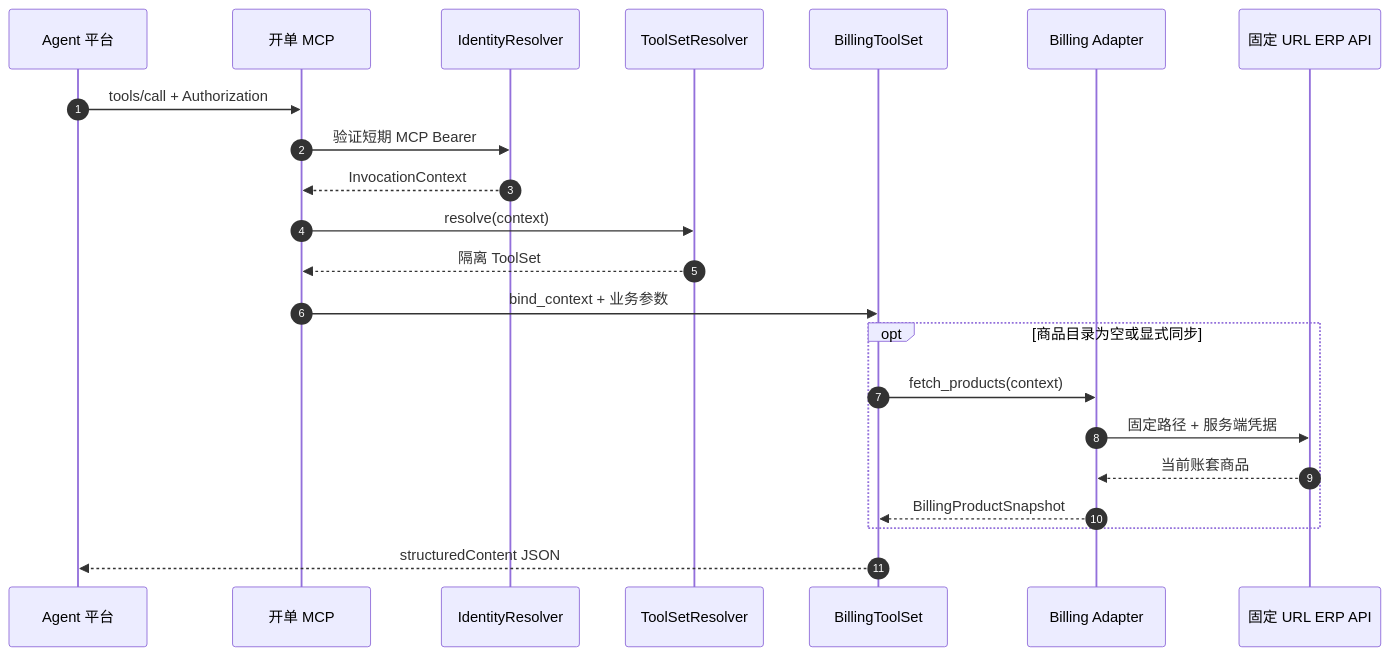
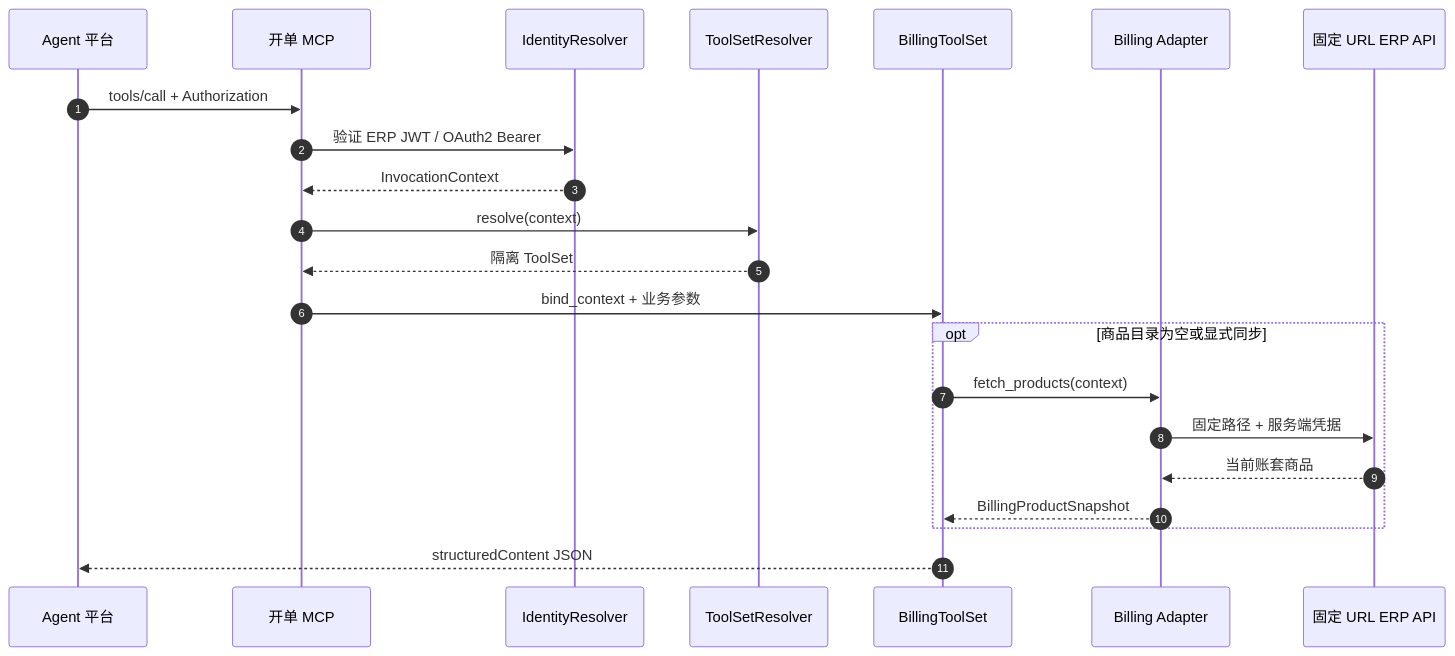
One commit to 757607106/gjp-cyb-mcp changed the third of 4 diagrams in docs/architecture/architecture-diagrams.md. Above: the diagram before and after it, drawn with Mermaid. The commit also changed other lines of this file and 24 other files, not shown here.

````diff
--- a/docs/architecture/architecture-diagrams.md
+++ b/docs/architecture/architecture-diagrams.md
@@ -66,25 +66,25 @@
 ```mermaid
 sequenceDiagram
     autonumber
     participant Agent as Agent 平台
     participant MCP as 开单 MCP
     participant Identity as IdentityResolver
     participant Resolver as ToolSetResolver
     participant Tool as BillingToolSet
     participant Adapter as Billing Adapter
     participant ERP as 固定 URL ERP API
 
     Agent->>MCP: tools/call + Authorization
-    MCP->>Identity: 验证短期 MCP Bearer
+    MCP->>Identity: 验证 ERP JWT / OAuth2 Bearer
     Identity-->>MCP: InvocationContext
     MCP->>Resolver: resolve(context)
     Resolver-->>MCP: 隔离 ToolSet
     MCP->>Tool: bind_context + 业务参数
     opt 商品目录为空或显式同步
         Tool->>Adapter: fetch_products(context)
         Adapter->>ERP: 固定路径 + 服务端凭据
         ERP-->>Adapter: 当前账套商品
         Adapter-->>Tool: BillingProductSnapshot
     end
     Tool-->>Agent: structuredContent JSON
 ```
````
